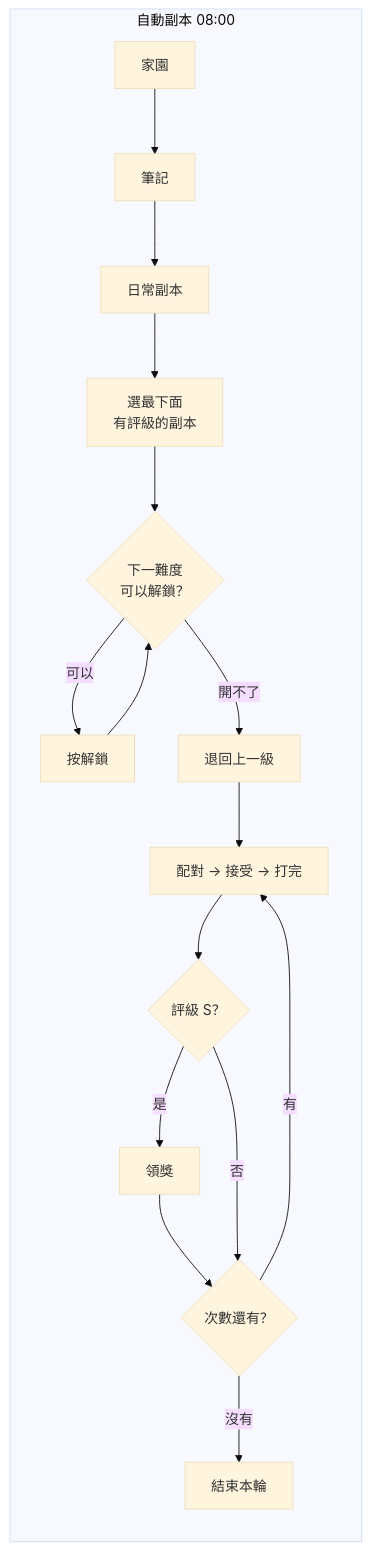
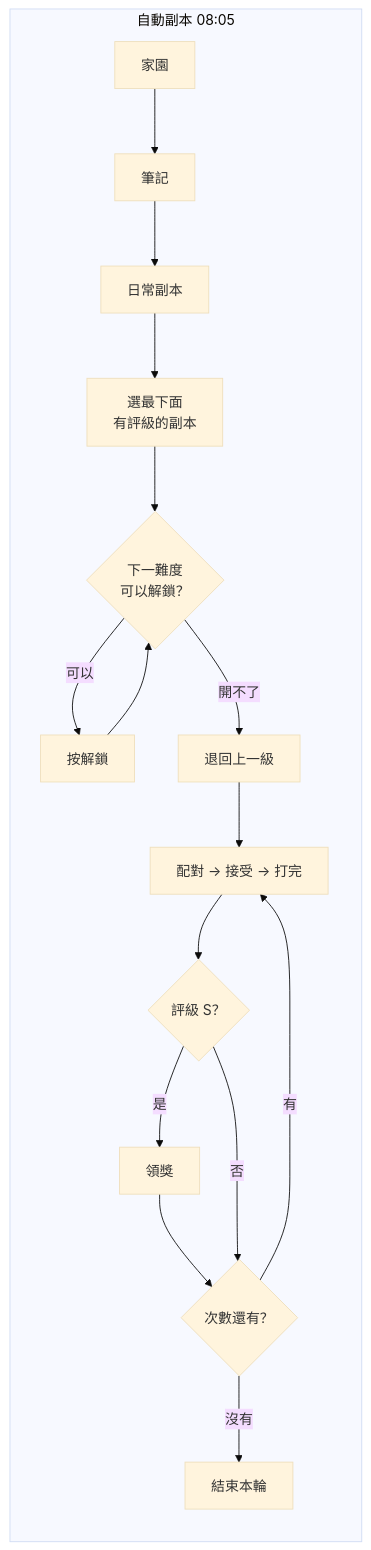
Before and after one commit to LaiYueTing/scepter-and-sword-assistant: the third of 5 diagrams in README.md, drawn with Mermaid (base theme). The commit also changed other lines of this file and 1 other file, not shown here.

````diff
--- a/README.md
+++ b/README.md
@@ -90,16 +90,16 @@
 ```mermaid
 flowchart LR
-    subgraph D[自動副本 08:00]
+    subgraph D[自動副本 08:05]
         D1[家園] --> D2[筆記] --> D3[日常副本]
         D3 --> D4[選最下面<br/>有評級的副本]
         D4 --> D5{下一難度<br/>可以解鎖？}
         D5 -->|可以| D6[按解鎖] --> D5
         D5 -->|開不了| D7[退回上一級]
         D7 --> D8[配對 → 接受 → 打完]
         D8 --> D9{評級 S？}
         D9 -->|是| D10[領獎] --> D11{次數還有？}
         D9 -->|否| D11
         D11 -->|有| D8
         D11 -->|沒有| D12[結束本輪]
     end
 ```
````
